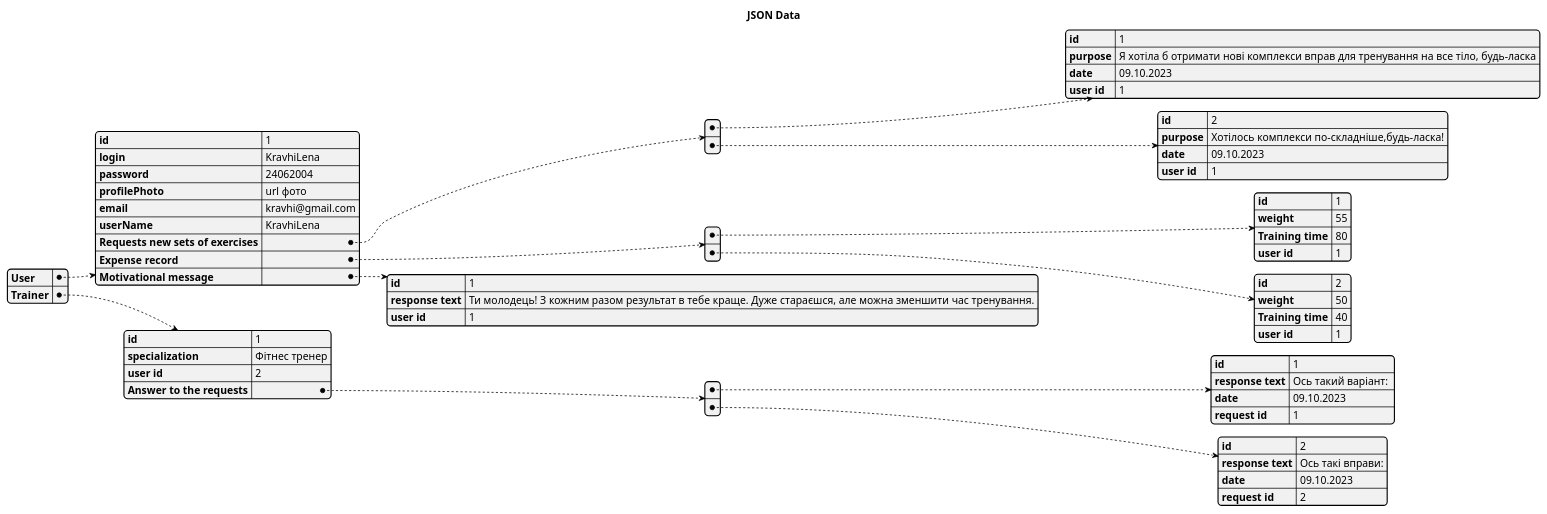
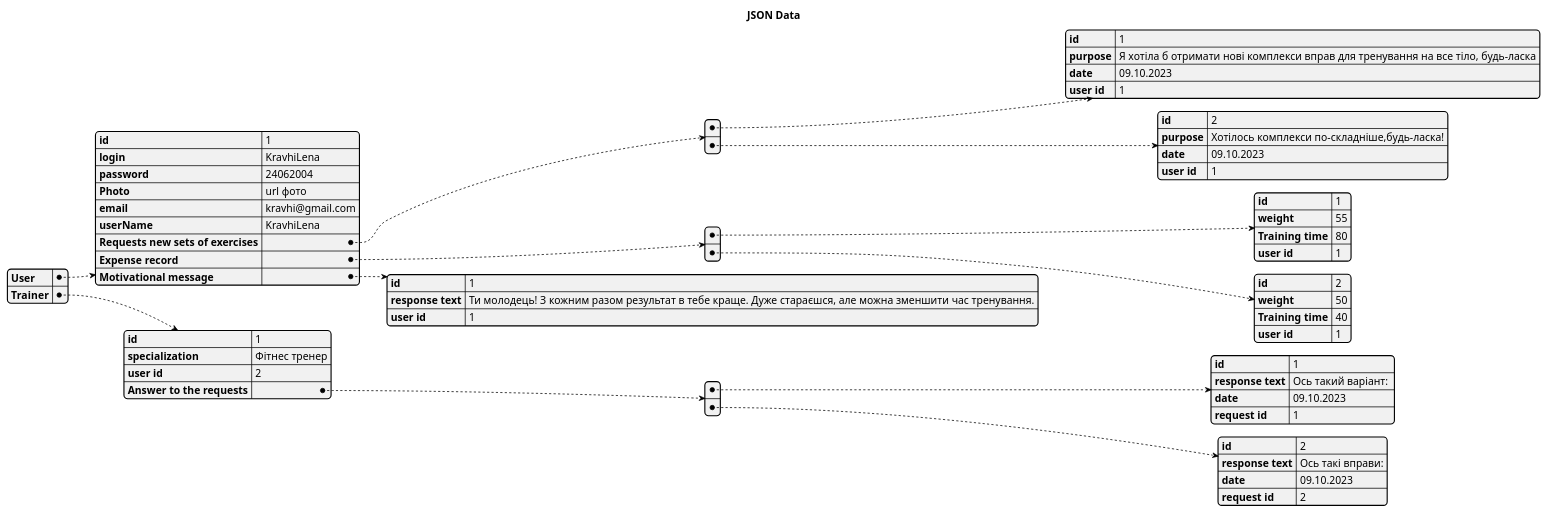
Before and after one commit to oleksandrblazhko/ai-214-kravchishina: the diagram in 2-SoftwareDesign/2.7-PlantUML/DataModel.puml, drawn with PlantUML.

```diff
--- a/2-SoftwareDesign/2.7-PlantUML/DataModel.puml
+++ b/2-SoftwareDesign/2.7-PlantUML/DataModel.puml
@@ -1,65 +1,65 @@
 @startjson
   title JSON Data
 {
   "User": {
     "id": "1",
     "login": "KravhiLena",
     "password": "24062004",
-    "profilePhoto": "url фото",
+    "Photo": "url фото",
     "email": "kravhi@gmail.com",
     "userName": "KravhiLena",
     "Requests new sets of exercises": [
       {
         "id": "1",
         "purpose": "Я хотіла б отримати нові комплекси вправ для тренування на все тіло, будь-ласка",
         "date": "09.10.2023",
         "user id": "1"
       },
       {
         "id": "2",
         "purpose": "Хотілось комплекси по-складніше,будь-ласка!",
         "date": "09.10.2023",
         "user id": "1"
       }
     ],
     "Expense record": [
       {
         "id": "1",
         "weight": "55",
         "Training time": "80",
         "user id": "1"
       },
       {
         "id": "2",
         "weight": "50",
         "Training time": "40",
         "user id": "1"
       }
     ],
     "Motivational message": {
       "id": "1",
       "response text": "Ти молодець! З кожним разом результат в тебе краще. Дуже стараєшся, але можна зменшити час тренування.",
       "user id": "1"
     }
   },
   "Trainer": {
     "id": "1",
     "specialization": "Фітнес тренер",
     "user id": "2",
     "Answer to the requests": [
       {
         "id": "1",
         "response text": "Ось такий варіант: ",
         "date": "09.10.2023",
         "request id": 1
       },
       {
         "id": "2",
         "response text": "Ось такі вправи:",
         "date": "09.10.2023",
         "request id": 2
       }
     ]
   }
 }
 @endjson
```
